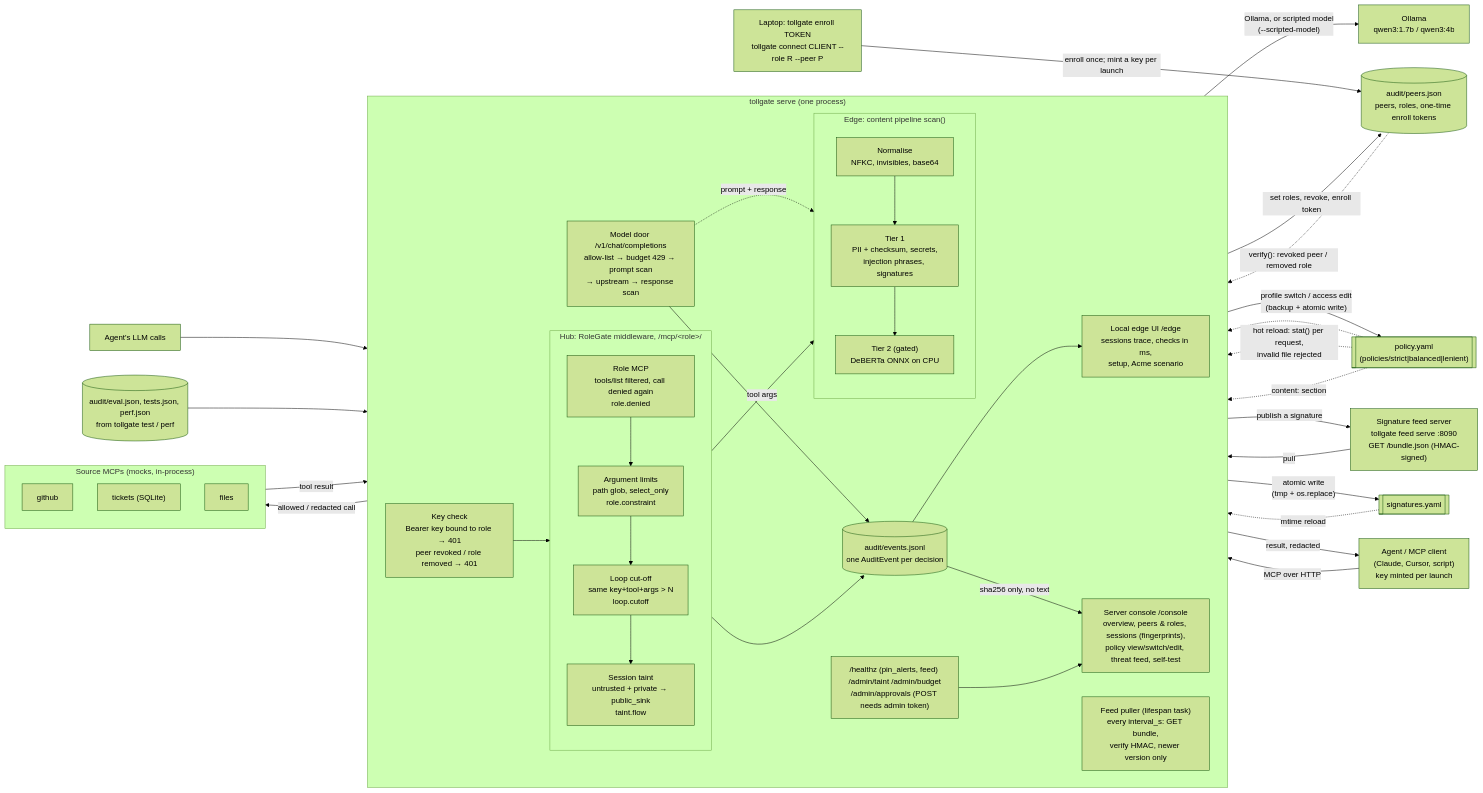
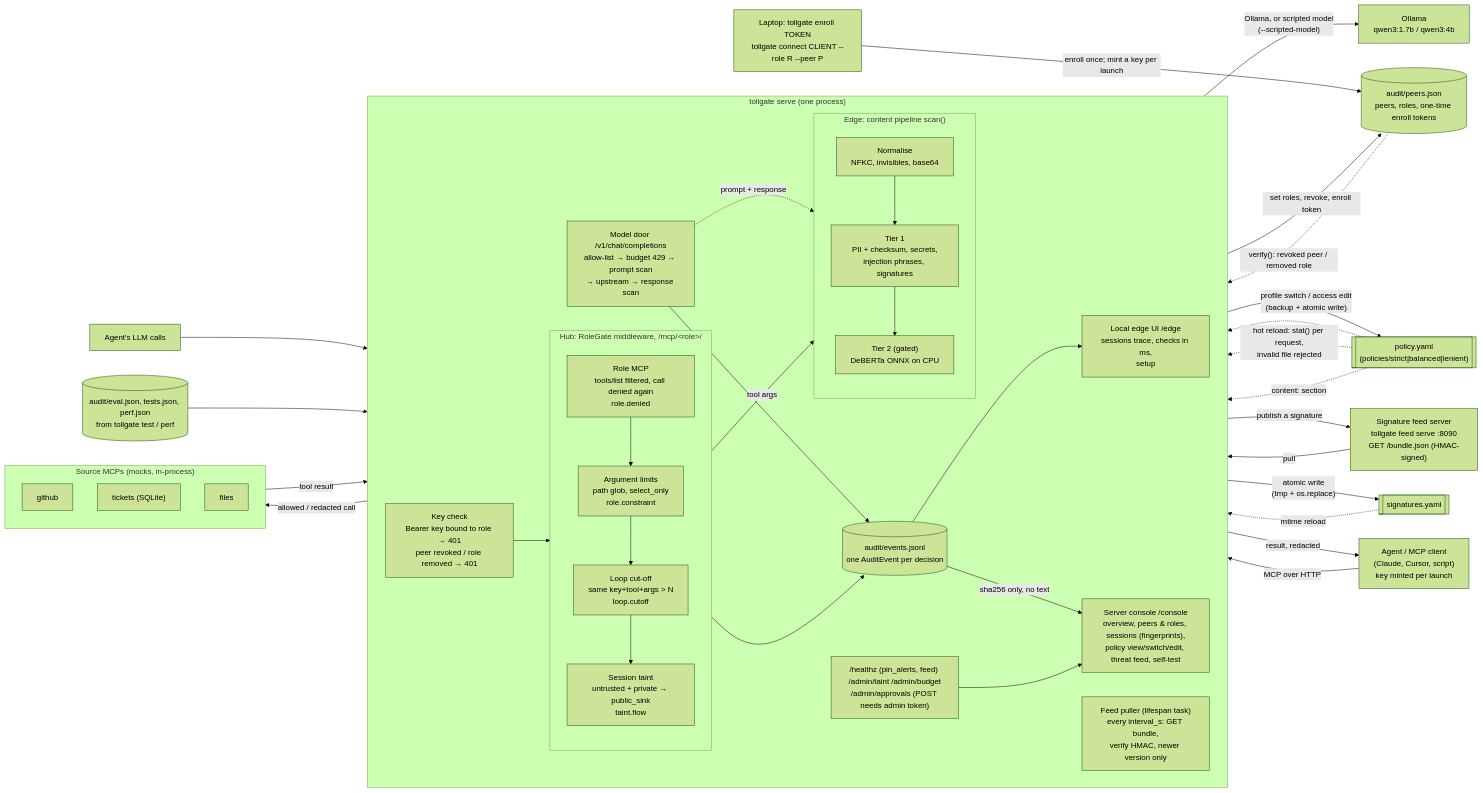
The diagram in docs/architecture.md (andrii-mazurchuk/tollgate), drawn with Mermaid (forest theme) before and after one commit. The commit also changed 12 other files, not shown here.

First line of the commit message:
edge: remove the Scenario view and /edge/api/scenario routes

````diff
--- a/docs/architecture.md
+++ b/docs/architecture.md
@@ -13,71 +13,71 @@
 ```mermaid
 flowchart LR
     agent["Agent / MCP client<br/>(Claude, Cursor, script)<br/>key minted per launch"]
     llm["Agent's LLM calls"]
 
     subgraph gw["tollgate serve (one process)"]
         direction LR
         key["Key check<br/>Bearer key bound to role → 401<br/>peer revoked / role removed → 401"]
         subgraph hub["Hub: RoleGate middleware, /mcp/&lt;role&gt;/"]
             direction TB
             role["Role MCP<br/>tools/list filtered, call denied again<br/>role.denied"]
             limits["Argument limits<br/>path glob, select_only<br/>role.constraint"]
             loops["Loop cut-off<br/>same key+tool+args &gt; N<br/>loop.cutoff"]
             taint["Session taint<br/>untrusted + private → public_sink<br/>taint.flow"]
             role --> limits --> loops --> taint
         end
         subgraph edge["Edge: content pipeline scan()"]
             direction TB
             norm["Normalise<br/>NFKC, invisibles, base64"]
             t1["Tier 1<br/>PII + checksum, secrets,<br/>injection phrases, signatures"]
             t2["Tier 2 (gated)<br/>DeBERTa ONNX on CPU"]
             norm --> t1 --> t2
         end
         door["Model door /v1/chat/completions<br/>allow-list → budget 429 → prompt scan<br/>→ upstream → response scan"]
         audit[("audit/events.jsonl<br/>one AuditEvent per decision")]
         puller["Feed puller (lifespan task)<br/>every interval_s: GET bundle,<br/>verify HMAC, newer version only"]
         admin["/healthz (pin_alerts, feed) /admin/taint /admin/budget<br/>/admin/approvals (POST needs admin token)"]
-        edgeui["Local edge UI /edge<br/>sessions trace, checks in ms,<br/>setup, Acme scenario"]
+        edgeui["Local edge UI /edge<br/>sessions trace, checks in ms,<br/>setup"]
         console["Server console /console<br/>overview, peers & roles, sessions (fingerprints),<br/>policy view/switch/edit, threat feed, self-test"]
     end
 
     subgraph src["Source MCPs (mocks, in-process)"]
         github["github"]
         tickets["tickets (SQLite)"]
         files["files"]
     end
 
     policy[["policy.yaml<br/>(policies/strict|balanced|lenient)"]]
     ollama["Ollama<br/>qwen3:1.7b / qwen3:4b"]
     peersreg[("audit/peers.json<br/>peers, roles, one-time enroll tokens")]
     laptop["Laptop: tollgate enroll TOKEN<br/>tollgate connect CLIENT --role R --peer P"]
     evaljson[("audit/eval.json, tests.json, perf.json<br/>from tollgate test / perf")]
     feedsrv["Signature feed server<br/>tollgate feed serve :8090<br/>GET /bundle.json (HMAC-signed)"]
     sigs[["signatures.yaml"]]
 
     agent -->|"MCP over HTTP"| key --> role
     taint -->|"tool args"| edge
     edge -->|"allowed / redacted call"| src
     src -->|"tool result"| edge
     edge -->|"result, redacted"| agent
     llm --> door
     door -.->|"prompt + response"| edge
     door -->|"Ollama, or scripted model<br/>(--scripted-model)"| ollama
     policy -.->|"hot reload: stat() per request,<br/>invalid file rejected"| hub
     policy -.-> door
     policy -.->|"content: section"| edge
     hub --> audit
     door --> audit
     audit --> edgeui
     audit -->|"sha256 only, no text"| console
     laptop -->|"enroll once; mint a key per launch"| peersreg
     peersreg -.->|"verify(): revoked peer / removed role"| key
     console -->|"set roles, revoke, enroll token"| peersreg
     console -->|"profile switch / access edit<br/>(backup + atomic write)"| policy
     console -->|"publish a signature"| feedsrv
     evaljson --> console
     feedsrv -->|"pull"| puller
     puller -->|"atomic write<br/>(tmp + os.replace)"| sigs
     sigs -.->|"mtime reload"| t1
     admin --> console
 ```
````
